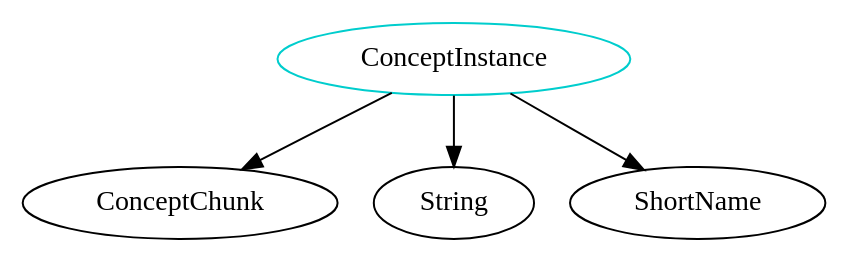
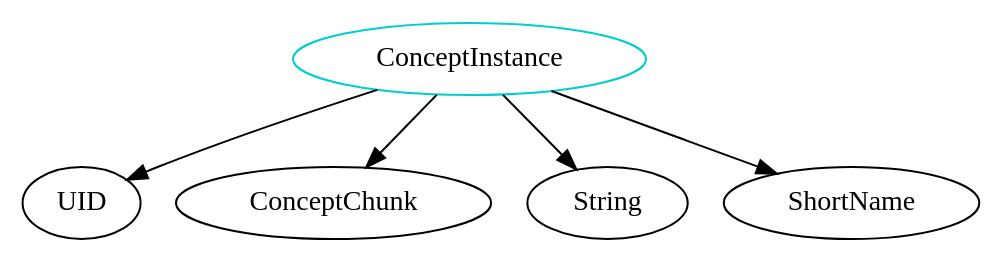
The diagram in analysis/TypeDependencyGraphs/lang/ConceptInstance.dot (JacquesCarette/Drasil), drawn with Graphviz before and after one commit. The commit also changed 711 other files, not shown here.

```diff
--- a/analysis/TypeDependencyGraphs/lang/ConceptInstance.dot
+++ b/analysis/TypeDependencyGraphs/lang/ConceptInstance.dot
@@ -1,6 +1,7 @@
 digraph conceptinstance{
 ConceptInstance	[shape=oval, color=cyan3, label="ConceptInstance"];
+ConceptInstance -> UID;
 ConceptInstance -> ConceptChunk;
 ConceptInstance -> String;
 ConceptInstance -> ShortName;
 }
```
